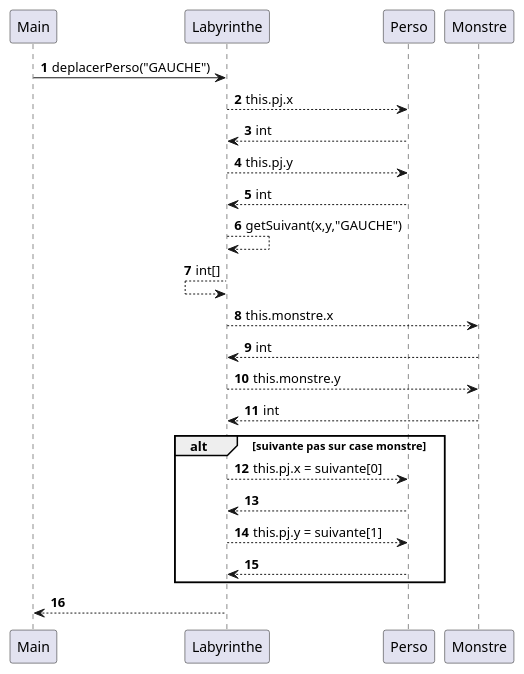
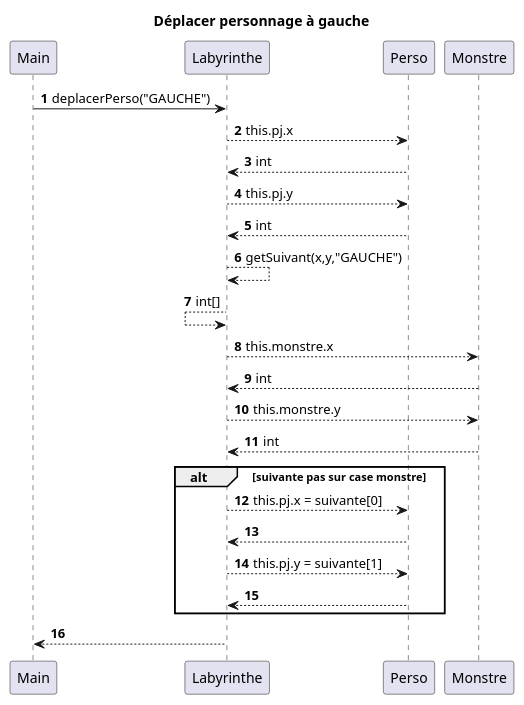
The diagram in documents/version_2/DS_deplacerPersoGaucheMonstreCollsion.puml (crochetremi/2025_Zeldiablo2_e20157u_e82008u_e89209u_e26078u), drawn with PlantUML before and after one commit. The commit also changed 6 other files, not shown here.

Commit message:
ajout des titres dans les diagrammes

```diff
--- a/documents/version_2/DS_deplacerPersoGaucheMonstreCollsion.puml
+++ b/documents/version_2/DS_deplacerPersoGaucheMonstreCollsion.puml
@@ -1,29 +1,29 @@
 @startuml
 'https://plantuml.com/sequence-diagram
-
+title Déplacer personnage à gauche
 autonumber
 
 Main -> Labyrinthe : deplacerPerso("GAUCHE")
 Labyrinthe --> Perso : this.pj.x
 Labyrinthe <-- Perso : int
 Labyrinthe --> Perso : this.pj.y
 Labyrinthe <-- Perso : int
 
 Labyrinthe --> Labyrinthe : getSuivant(x,y,"GAUCHE")
 Labyrinthe <-- Labyrinthe : int[]
 
 Labyrinthe --> Monstre : this.monstre.x
 Labyrinthe <-- Monstre : int
 Labyrinthe --> Monstre : this.monstre.y
 Labyrinthe <-- Monstre : int
 
 alt suivante pas sur case monstre
     Labyrinthe --> Perso : this.pj.x = suivante[0]
     Labyrinthe <-- Perso :
     Labyrinthe --> Perso : this.pj.y = suivante[1]
     Labyrinthe <-- Perso :
 end
 
 Main <-- Labyrinthe
 
 @enduml
```
